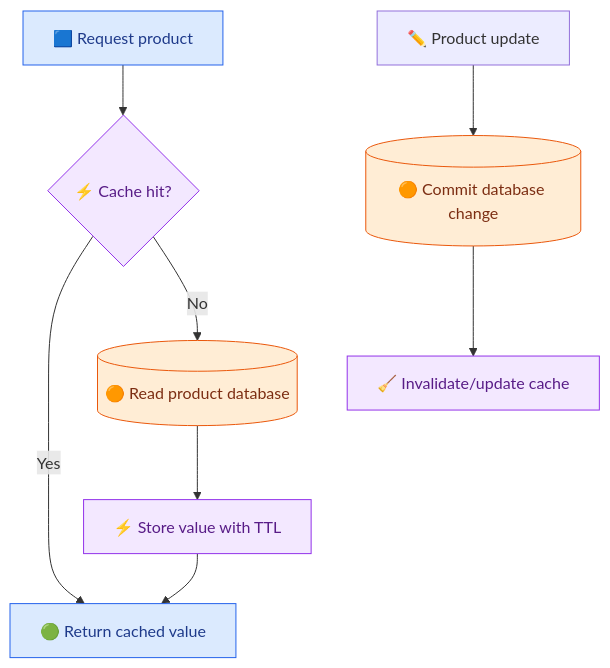
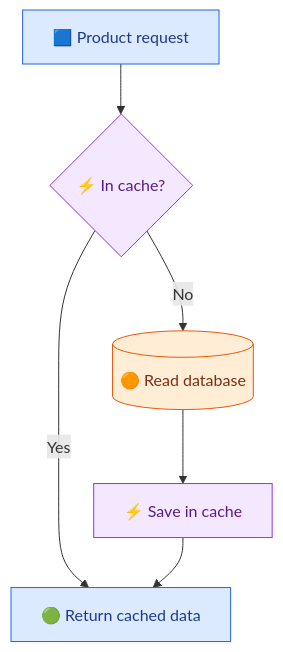
One commit to azam123/Engineering-Interview-Prep changed the fourth of 9 diagrams in System-Design/01-E-Commerce-Amazon.md. Above: the diagram before and after it, drawn with Mermaid. The commit also changed other lines of this file, not shown here.

```diff
--- a/System-Design/01-E-Commerce-Amazon.md
+++ b/System-Design/01-E-Commerce-Amazon.md
@@ -393,16 +311,14 @@
 ~~~mermaid
 flowchart TD
-    R["🟦 Request product"] --> C{"⚡ Cache hit?"}
-    C -->|Yes| V["🟢 Return cached value"]
-    C -->|No| DB[("🟠 Read product database")]
-    DB --> SET["⚡ Store value with TTL"]
-    SET --> V
-    W["✏️ Product update"] --> DBW[("🟠 Commit database change")]
-    DBW --> INV["🧹 Invalidate/update cache"]
-    classDef request fill:#dbeafe,stroke:#2563eb,color:#1e3a8a;
+    R["🟦 Product request"] --> C{"⚡ In cache?"}
+    C -->|Yes| V["🟢 Return cached data"]
+    C -->|No| D[("🟠 Read database")]
+    D --> S["⚡ Save in cache"]
+    S --> V
+    classDef req fill:#dbeafe,stroke:#2563eb,color:#1e3a8a;
     classDef cache fill:#f3e8ff,stroke:#9333ea,color:#581c87;
-    classDef data fill:#ffedd5,stroke:#ea580c,color:#7c2d12;
-    class R,V request;
-    class C,SET,INV cache;
-    class DB,DBW data;
+    classDef db fill:#ffedd5,stroke:#ea580c,color:#7c2d12;
+    class R,V req;
+    class C,S cache;
+    class D db;
 ~~~
```
